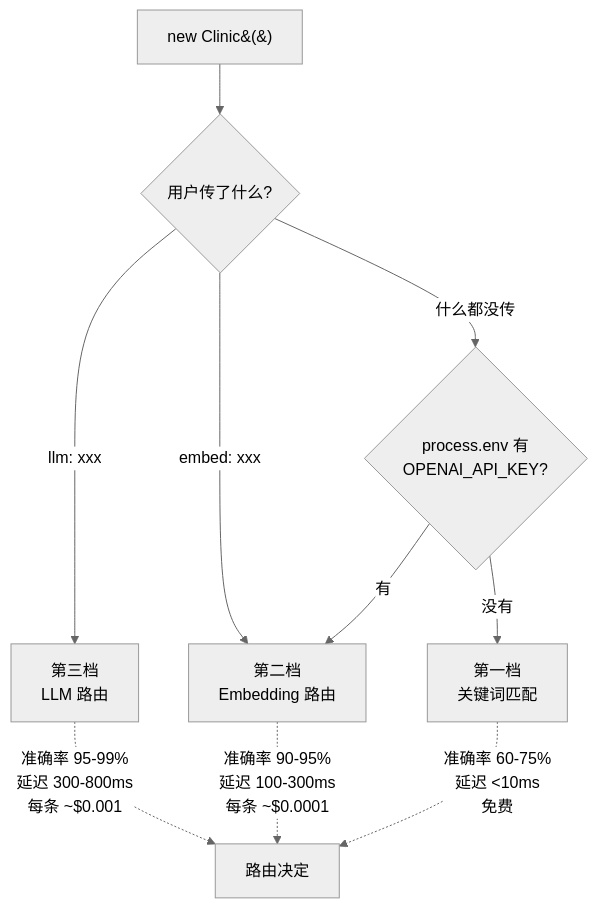
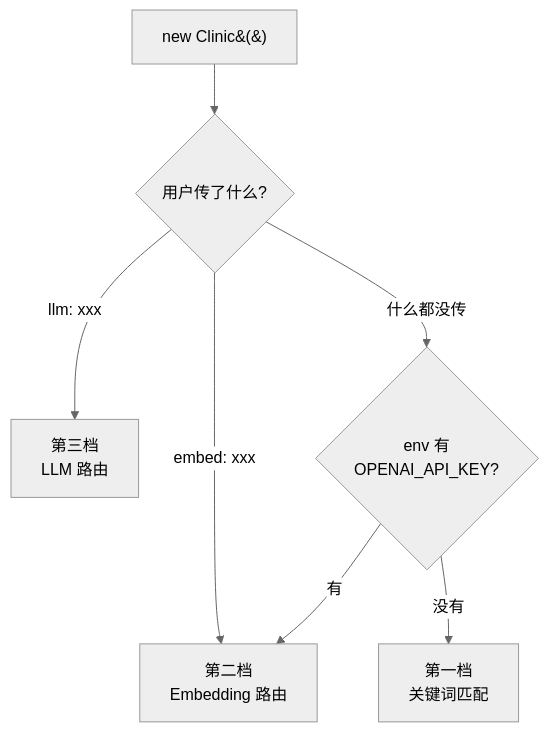
One commit to chaos-xxl/cha0s changed the first of 2 diagrams in README.md. Above: the diagram before and after it, drawn with Mermaid (neutral theme). The commit also changed other lines of this file and 4 other files, not shown here.

````diff
--- a/README.md
+++ b/README.md
@@ -60,13 +66,9 @@
 ```mermaid
 flowchart TD
     A[new Clinic&#40;&#41;] --> B{用户传了什么?}
     B -->|llm: xxx| C[第三档<br/>LLM 路由]
     B -->|embed: xxx| D[第二档<br/>Embedding 路由]
-    B -->|什么都没传| E{process.env 有<br/>OPENAI_API_KEY?}
+    B -->|什么都没传| E{env 有<br/>OPENAI_API_KEY?}
     E -->|有| D
     E -->|没有| F[第一档<br/>关键词匹配]
-
-    C -.->|准确率 95-99%<br/>延迟 300-800ms<br/>每条 ~$0.001| G[路由决定]
-    D -.->|准确率 90-95%<br/>延迟 100-300ms<br/>每条 ~$0.0001| G
-    F -.->|准确率 60-75%<br/>延迟 &lt;10ms<br/>免费| G
 ```
````
